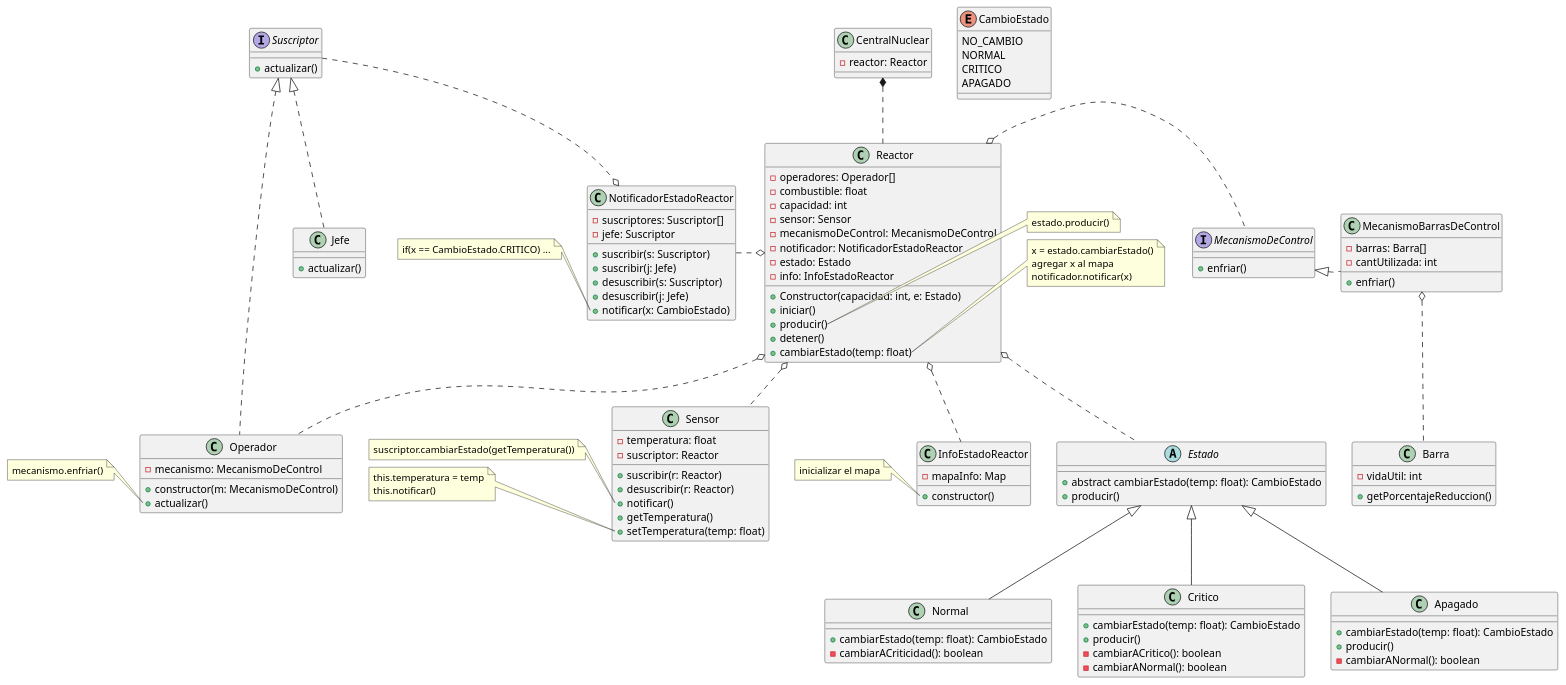
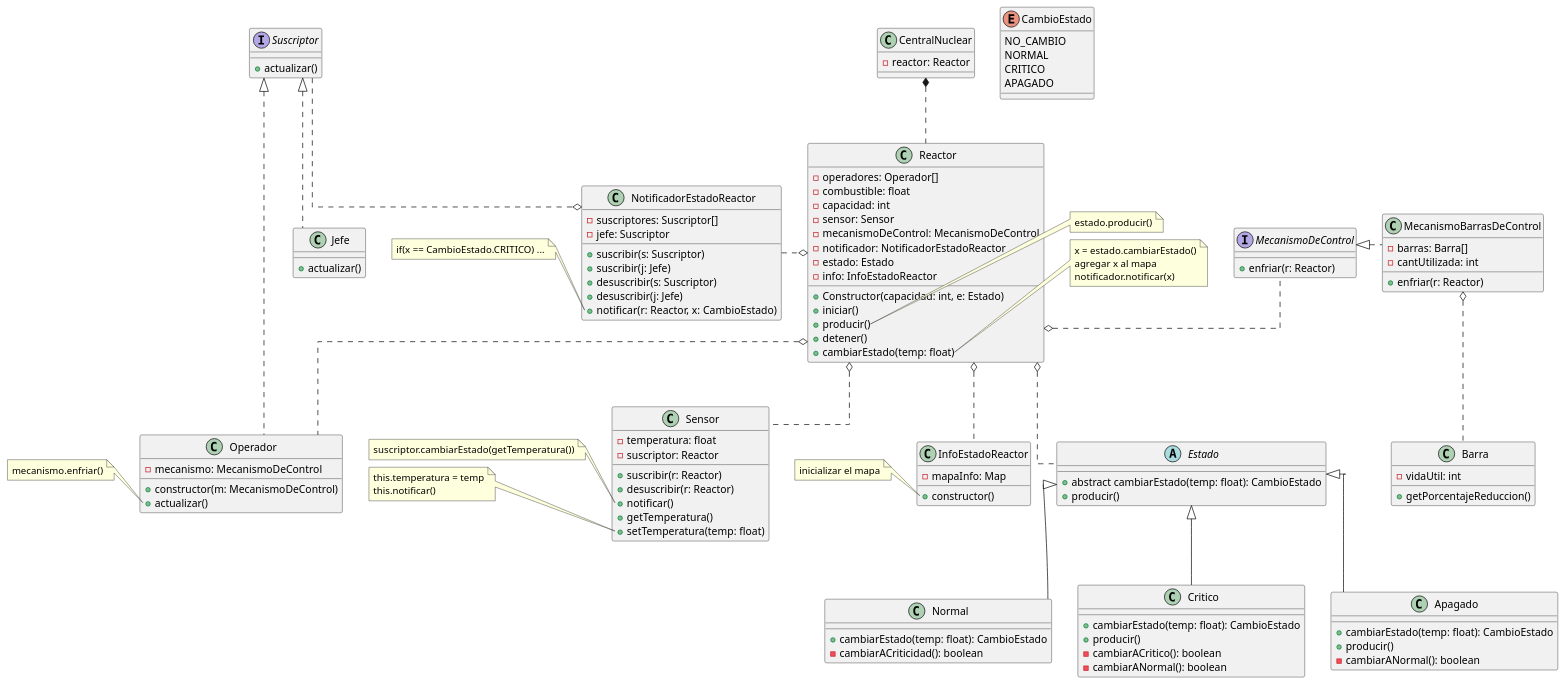
The diagram in diagrams/central.puml (Danehue/reactor-nuclear), drawn with PlantUML before and after one commit. The commit also changed 8 other files, not shown here.

Commit message:
Actualizo algunas cositas del diagrama y creo los métodos de enfriamiento.

```diff
--- a/diagrams/central.puml
+++ b/diagrams/central.puml
@@ -1,148 +1,150 @@
 @startuml
+
+skinparam lineType ortho
 
 class CentralNuclear {
     - reactor: Reactor
 }
 
 class Reactor {
     - operadores: Operador[]
     - combustible: float
     - capacidad: int
     - sensor: Sensor
     - mecanismoDeControl: MecanismoDeControl
     - notificador: NotificadorEstadoReactor
     - estado: Estado
     - info: InfoEstadoReactor
     + Constructor(capacidad: int, e: Estado)
     + iniciar()
     + producir()
     + detener()
     + cambiarEstado(temp: float)
 }
 
 class Sensor {
     - temperatura: float
     - suscriptor: Reactor
     + suscribir(r: Reactor)
     + desuscribir(r: Reactor)
     + notificar()
     + getTemperatura()
     + setTemperatura(temp: float)
 }
 
 
 interface MecanismoDeControl {
-    + enfriar()
+    + enfriar(r: Reactor)
 }
 
 class MecanismoBarrasDeControl implements MecanismoDeControl {
     - barras: Barra[]
     - cantUtilizada: int
-    + enfriar()
+    + enfriar(r: Reactor)
 }
 class Barra {
     - vidaUtil: int
     + getPorcentajeReduccion()
 }
 
 
 class NotificadorEstadoReactor {
     - suscriptores: Suscriptor[]
     - jefe: Suscriptor
 
     + suscribir(s: Suscriptor)
     + suscribir(j: Jefe)
     + desuscribir(s: Suscriptor)
     + desuscribir(j: Jefe)
-    + notificar(x: CambioEstado)
+    + notificar(r: Reactor, x: CambioEstado)
 }
 
 interface Suscriptor {
     + actualizar()
 }
 
 class Operador implements Suscriptor {
     - mecanismo: MecanismoDeControl
     + constructor(m: MecanismoDeControl)
     + actualizar()
 }
 
 class Jefe implements Suscriptor{
     + actualizar()
 }
 
 abstract Estado {
     + abstract cambiarEstado(temp: float): CambioEstado
     + producir()
 }
 class Normal extends Estado{
     + cambiarEstado(temp: float): CambioEstado
     - cambiarACriticidad(): boolean
 }
 class Critico extends Estado{
     + cambiarEstado(temp: float): CambioEstado
     + producir()
     - cambiarACritico(): boolean
     - cambiarANormal(): boolean
 }
 class Apagado extends Estado{
     + cambiarEstado(temp: float): CambioEstado
     + producir()
     - cambiarANormal(): boolean
 }
 
 enum CambioEstado {
     NO_CAMBIO
     NORMAL
     CRITICO
     APAGADO
 }
 
 class InfoEstadoReactor {
     - mapaInfo: Map
     + constructor()
 }
 
 'Relaciones
 CentralNuclear *.. Reactor
 
 ' Reactor o.. Combustible
 Reactor o.. Sensor
 Reactor o.r. MecanismoDeControl
 Reactor o.l. NotificadorEstadoReactor
 Reactor o.. Estado
 Reactor o.. InfoEstadoReactor
 Reactor o.. Operador
 
 NotificadorEstadoReactor o.u. Suscriptor
 MecanismoBarrasDeControl o.. Barra
 
 MecanismoBarrasDeControl o.r[hidden]. MecanismoDeControl
 Suscriptor o.u[hidden]. Operador
 
 Note right of Reactor::producir 
     estado.producir()
 end Note
 Note right of Reactor::cambiarEstado 
     x = estado.cambiarEstado()
     agregar x al mapa
     notificador.notificar(x)
 end Note
 Note left of Sensor::notificar 
     suscriptor.cambiarEstado(getTemperatura())
 end Note
 Note left of Sensor::setTemperatura 
     this.temperatura = temp
     this.notificar()
 end Note
 Note left of InfoEstadoReactor::constructor 
     inicializar el mapa
 end Note
 Note left of NotificadorEstadoReactor::notificar 
     if(x == CambioEstado.CRITICO) ...
 end Note
 Note left of Operador::actualizar 
     mecanismo.enfriar()
 end Note
 
 @enduml
```
